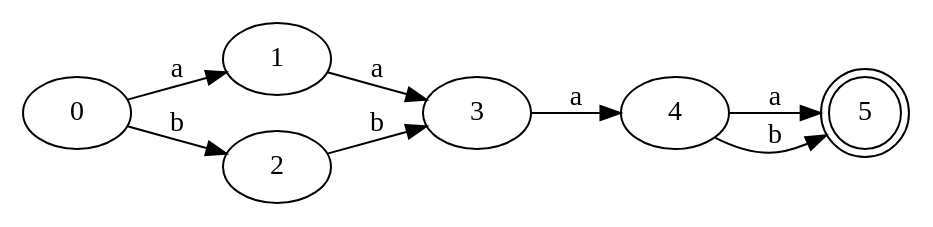
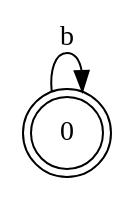
Before and after one commit to jua16073/lenguajes_proy1: the diagram in test-output/dfa_direct.gv, drawn with Graphviz. The commit also changed 10 other files, not shown here.

```diff
--- a/test-output/dfa_direct.gv
+++ b/test-output/dfa_direct.gv
@@ -1,16 +1,5 @@
 digraph Automata {
 	rankdir=LR
-	0 [label=0]
-	0 -> 1 [label=a]
-	0 -> 2 [label=b]
-	1 [label=1]
-	1 -> 3 [label=a]
-	2 [label=2]
-	2 -> 3 [label=b]
-	3 [label=3]
-	3 -> 4 [label=a]
-	4 [label=4]
-	4 -> 5 [label=a]
-	4 -> 5 [label=b]
-	5 [label=5 shape=doublecircle]
+	0 [label=0 shape=doublecircle]
+	0 -> 0 [label=b]
 }
```
